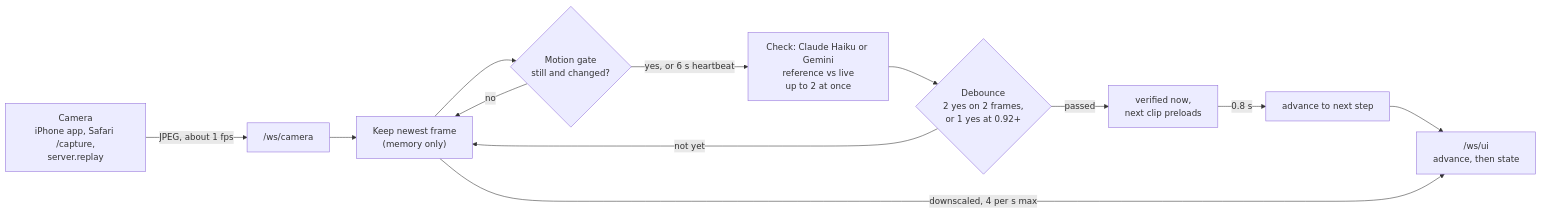
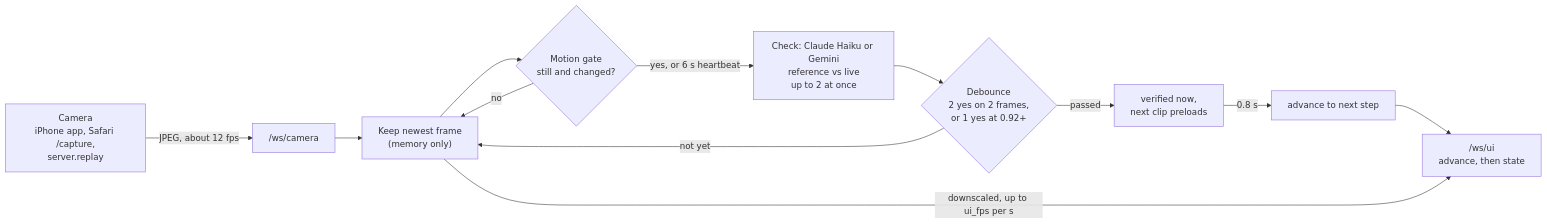
One commit to pr4nav3/HandOver changed the diagram in server/README.md. Above: the diagram before and after it, drawn with Mermaid. The commit also changed other lines of this file and 64 other files, not shown here.

````diff
--- a/server/README.md
+++ b/server/README.md
@@ -53,14 +53,14 @@
 ```mermaid
 flowchart LR
-  cam["Camera<br/>iPhone app, Safari /capture,<br/>server.replay"] -->|"JPEG, about 1 fps"| wsc["/ws/camera"]
+  cam["Camera<br/>iPhone app, Safari /capture,<br/>server.replay"] -->|"JPEG, about 12 fps"| wsc["/ws/camera"]
   wsc --> newest["Keep newest frame<br/>(memory only)"]
   newest --> gate{"Motion gate<br/>still and changed?"}
   gate -->|yes, or 6 s heartbeat| chk["Check: Claude Haiku or Gemini<br/>reference vs live<br/>up to 2 at once"]
   gate -->|no| newest
   chk --> deb{"Debounce<br/>2 yes on 2 frames,<br/>or 1 yes at 0.92+"}
   deb -->|not yet| newest
   deb -->|passed| ver["verified now,<br/>next clip preloads"]
   ver -->|0.8 s| adv["advance to next step"]
   adv --> wsu["/ws/ui<br/>advance, then state"]
-  newest -->|"downscaled, 4 per s max"| wsu
+  newest -->|"downscaled, up to ui_fps per s"| wsu
 ```
````
